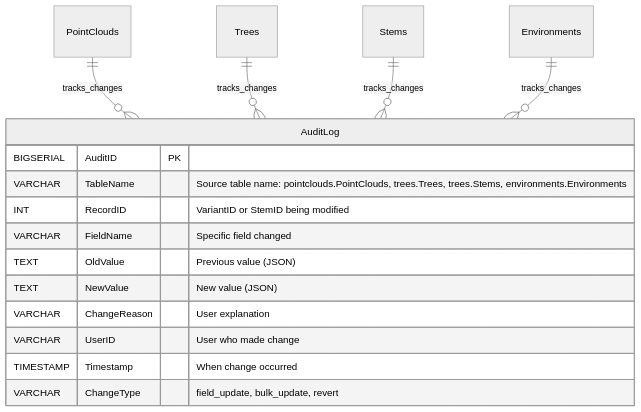
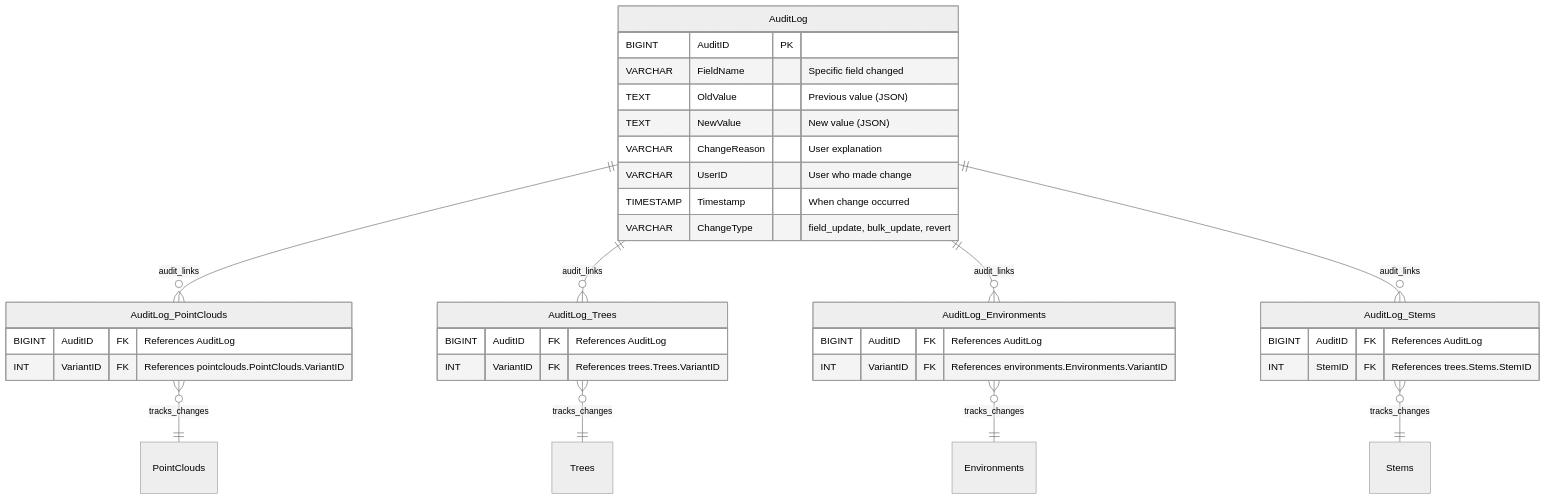
One commit to XRFutureForests/digital-twin-db changed the sixth of 10 diagrams in docs/architecture/database.md. Above: the diagram before and after it, drawn with Mermaid. The commit also changed other lines of this file and 5 other files, not shown here.

````diff
--- a/docs/architecture/database.md
+++ b/docs/architecture/database.md
@@ -221,28 +274,50 @@
 ```mermaid
 %%{init: {
   "theme": "neutral"
 }}%%
 erDiagram
     PointClouds
     Trees
     Stems
     Environments
 
     AuditLog {
-        BIGSERIAL AuditID PK
-        VARCHAR TableName "Source table name: pointclouds.PointClouds, trees.Trees, trees.Stems, environments.Environments"
-        INT RecordID "VariantID or StemID being modified"
+        BIGINT AuditID PK
         VARCHAR FieldName "Specific field changed"
         TEXT OldValue "Previous value (JSON)"
         TEXT NewValue "New value (JSON)"
         VARCHAR ChangeReason "User explanation"
         VARCHAR UserID "User who made change"
         TIMESTAMP Timestamp "When change occurred"
         VARCHAR ChangeType "field_update, bulk_update, revert"
     }
 
-    PointClouds ||--o{ AuditLog : tracks_changes
-    Trees ||--o{ AuditLog : tracks_changes
-    Stems ||--o{ AuditLog : tracks_changes
-    Environments ||--o{ AuditLog : tracks_changes
+    AuditLog_PointClouds {
+        BIGINT AuditID FK "References AuditLog"
+        INT VariantID FK "References pointclouds.PointClouds.VariantID"
+    }
+
+    AuditLog_Trees {
+        BIGINT AuditID FK "References AuditLog"
+        INT VariantID FK "References trees.Trees.VariantID"
+    }
+
+    AuditLog_Environments {
+        BIGINT AuditID FK "References AuditLog"
+        INT VariantID FK "References environments.Environments.VariantID"
+    }
+
+    AuditLog_Stems {
+        BIGINT AuditID FK "References AuditLog"
+        INT StemID FK "References trees.Stems.StemID"
+    }
+
+    AuditLog ||--o{ AuditLog_PointClouds : audit_links
+    AuditLog ||--o{ AuditLog_Trees : audit_links
+    AuditLog ||--o{ AuditLog_Environments : audit_links
+    AuditLog ||--o{ AuditLog_Stems : audit_links
+    AuditLog_PointClouds }o--|| PointClouds : tracks_changes
+    AuditLog_Trees }o--|| Trees : tracks_changes
+    AuditLog_Stems }o--|| Stems : tracks_changes
+    AuditLog_Environments }o--|| Environments : tracks_changes
 ```
````
